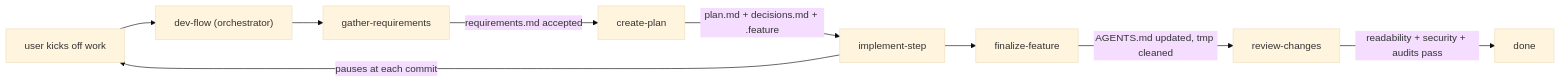
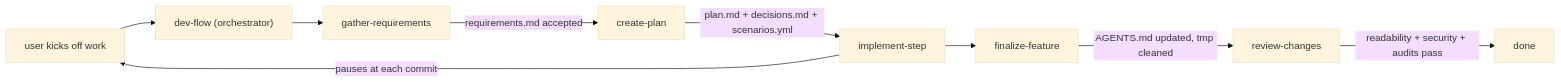
One commit to ksolo/devflow changed the diagram in AGENTS.md. Above: the diagram before and after it, drawn with Mermaid (base theme). The commit also changed other lines of this file and 15 other files, not shown here.

First line of the commit message:
add create-plan skill with scenarios.yml catalog

````diff
--- a/AGENTS.md
+++ b/AGENTS.md
@@ -70,11 +70,11 @@
 ```mermaid
 flowchart LR
     user["user kicks off work"] --> devFlow["dev-flow (orchestrator)"]
     devFlow --> req["gather-requirements"]
     req -->|requirements.md accepted| plan["create-plan"]
-    plan -->|plan.md + decisions.md + .feature| impl["implement-step"]
+    plan -->|plan.md + decisions.md + scenarios.yml| impl["implement-step"]
     impl -->|pauses at each commit| user
     impl --> final["finalize-feature"]
     final -->|AGENTS.md updated, tmp cleaned| review["review-changes"]
     review -->|readability + security + audits pass| done["done"]
 ```
````
